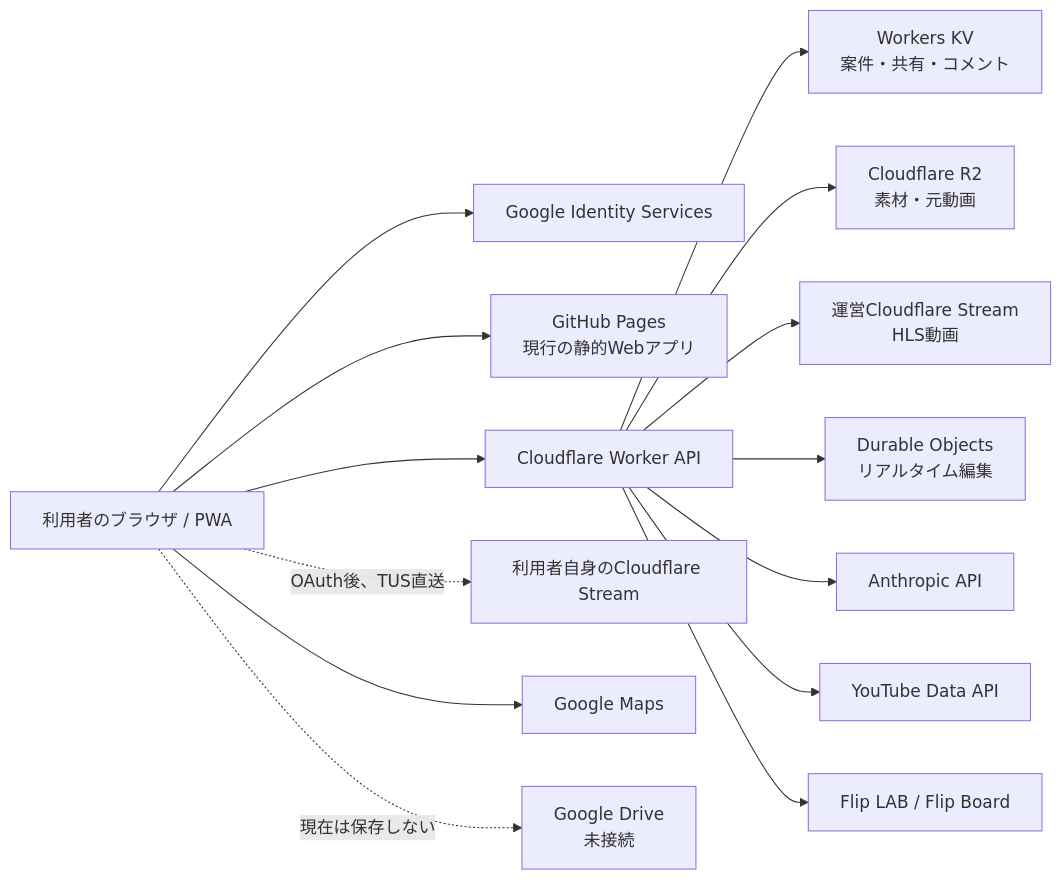
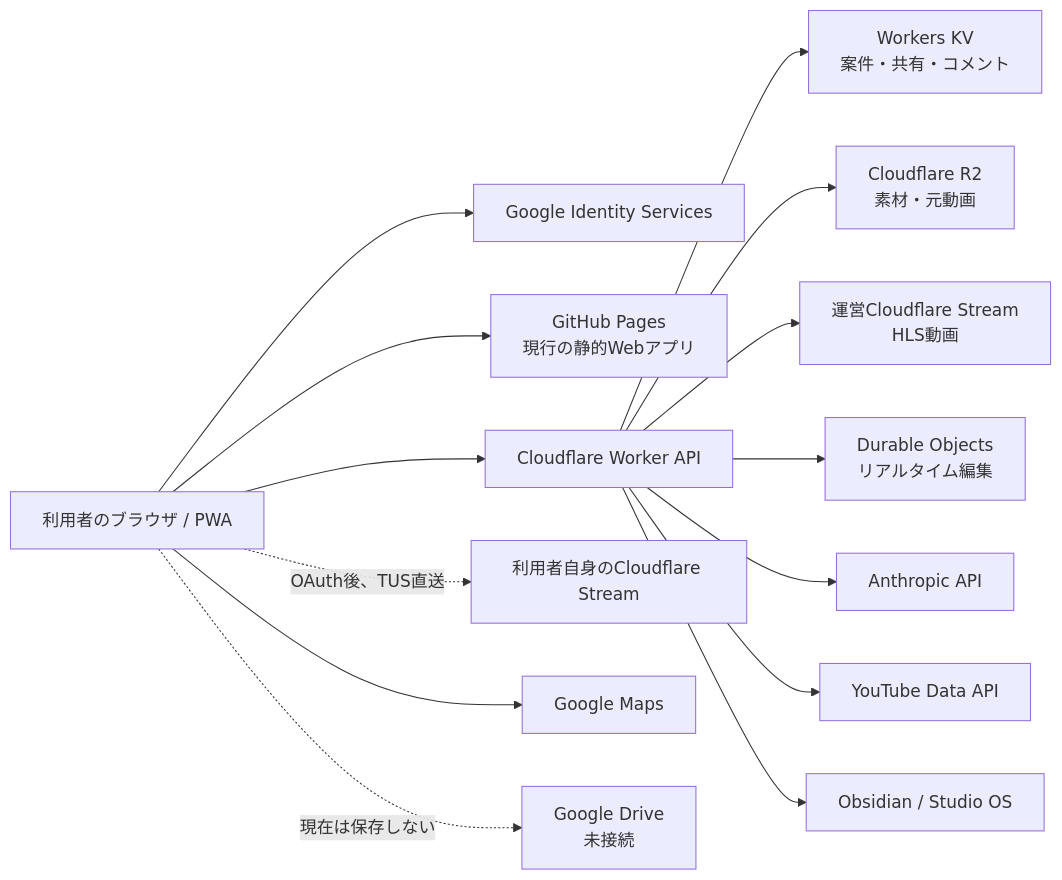
One commit to akidori/MONOGATARI changed the first of 4 diagrams in docs/SYSTEM_OVERVIEW.md. Above: the diagram before and after it, drawn with Mermaid. The commit also changed other lines of this file and 16 other files, not shown here.

````diff
--- a/docs/SYSTEM_OVERVIEW.md
+++ b/docs/SYSTEM_OVERVIEW.md
@@ -7,31 +7,31 @@
 ```mermaid
 flowchart LR
   U["利用者のブラウザ / PWA"]
   G["Google Identity Services"]
   WEB["GitHub Pages<br/>現行の静的Webアプリ"]
   W["Cloudflare Worker API"]
   KV["Workers KV<br/>案件・共有・コメント"]
   R2["Cloudflare R2<br/>素材・元動画"]
   ST["運営Cloudflare Stream<br/>HLS動画"]
   UST["利用者自身のCloudflare Stream"]
   DO["Durable Objects<br/>リアルタイム編集"]
   AI["Anthropic API"]
   YT["YouTube Data API"]
   MAP["Google Maps"]
-  LAB["Flip LAB / Flip Board"]
+  LAB["Obsidian / Studio OS"]
   GD["Google Drive<br/>未接続"]
 
   U --> WEB
   U --> G
   U --> W
   W --> KV
   W --> R2
   W --> ST
   W --> DO
   W --> AI
   W --> YT
   W --> LAB
   U --> MAP
   U -. "OAuth後、TUS直送" .-> UST
   U -. "現在は保存しない" .-> GD
 ```
````
